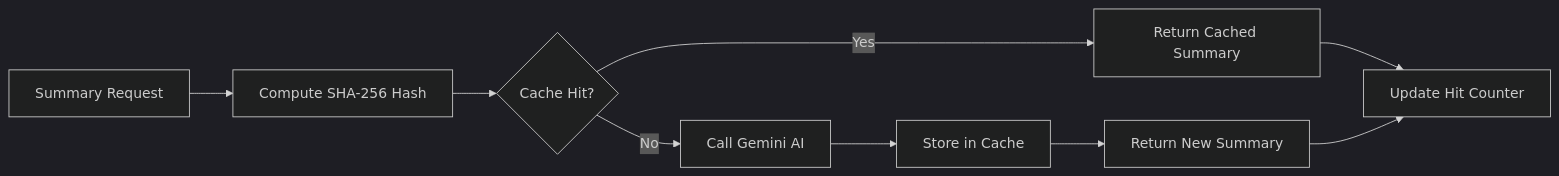
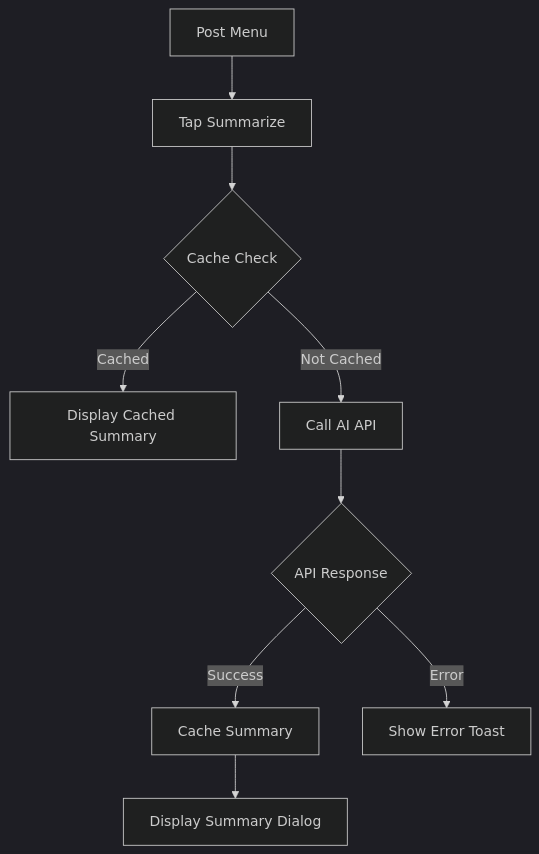
One commit to Forumus/Forumus-client changed diagram 11 of 36 in README.md. Above: the diagram before and after it, drawn with Mermaid (dark theme). The commit also changed other lines of this file, not shown here.

````diff
--- a/README.md
+++ b/README.md
@@ -101,14 +575,11 @@
 ```mermaid
-flowchart LR
-    Request[Summary Request] --> Hash[Compute SHA-256 Hash]
-    Hash --> Check{Cache Hit?}
-    
-    Check -->|Yes| Cached[Return Cached Summary]
-    Check -->|No| Generate[Call Gemini AI]
-    
-    Generate --> Store[Store in Cache]
-    Store --> Return[Return New Summary]
-    
-    Cached --> Stats[Update Hit Counter]
-    Return --> Stats
+flowchart TD
+    A[Post Menu] --> B[Tap Summarize]
+    B --> C{Cache Check}
+    C -->|Cached| D[Display Cached Summary]
+    C -->|Not Cached| E[Call AI API]
+    E --> F{API Response}
+    F -->|Success| G[Cache Summary]
+    G --> H[Display Summary Dialog]
+    F -->|Error| I[Show Error Toast]
 ```
````
